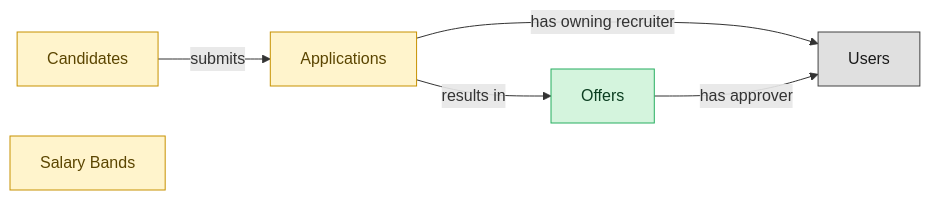
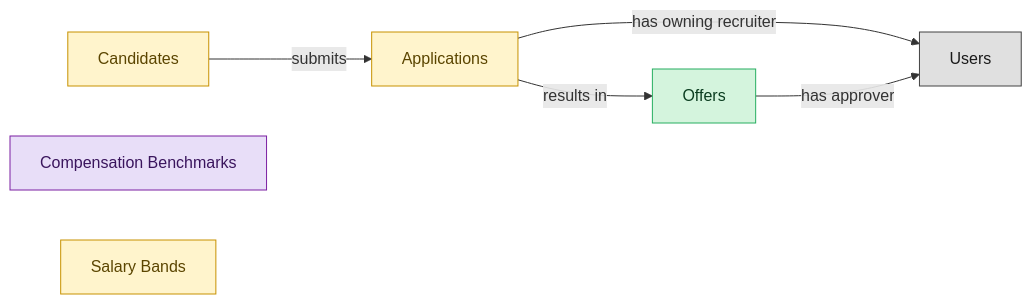
One commit to IntranetFactory/domain-map changed the diagram in blueprints/modules/ats-offers-semantic-blueprint.md. Above: the diagram before and after it, drawn with Mermaid. The commit also changed other lines of this file and 11 other files, not shown here.

````diff
--- a/blueprints/modules/ats-offers-semantic-blueprint.md
+++ b/blueprints/modules/ats-offers-semantic-blueprint.md
@@ -29,20 +30,23 @@
 ```mermaid
 flowchart LR
   classDef master fill:#d4f4dd,stroke:#27ae60,color:#0b3d20;
   classDef embedded_master fill:#fff4cc,stroke:#c79100,color:#5b4500;
+  classDef consumer fill:#e8def8,stroke:#7b1fa2,color:#3a155d;
   classDef platform_builtin fill:#e0e0e0,stroke:#424242,color:#1a1a1a;
   job_offers["Offers"]
   candidates["Candidates"]
   job_applications["Applications"]
+  compensation_benchmarks["Compensation Benchmarks"]
   salary_bands["Salary Bands"]
   users["Users"]
   candidates -->|"submits"| job_applications
   job_applications -->|"results in"| job_offers
   job_applications -->|"has owning recruiter"| users
   job_offers -->|"has approver"| users
   class job_offers master;
   class candidates embedded_master;
   class job_applications embedded_master;
+  class compensation_benchmarks consumer;
   class salary_bands embedded_master;
   class users platform_builtin;
 ```
````
